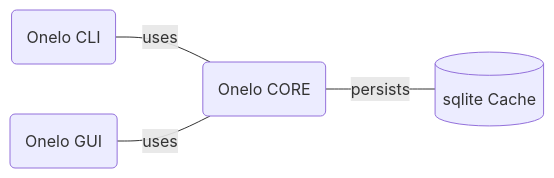
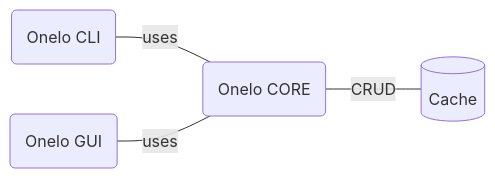
The diagram in content/whats-onelo.md (onelocom/knowledge-base), drawn with Mermaid before and after one commit. The commit also changed other lines of this file and 3 other files, not shown here.

````diff
--- a/content/whats-onelo.md
+++ b/content/whats-onelo.md
@@ -54,6 +56,6 @@
 ```mermaid
 graph LR
     CLI(Onelo CLI) ---|uses| CORE(Onelo CORE)
     GUI(Onelo GUI) ---|uses| CORE
-    CORE ---|persists| CACHE[(sqlite Cache)]
+    CORE ---|CRUD| CACHE[(Cache)]
 ```
````
